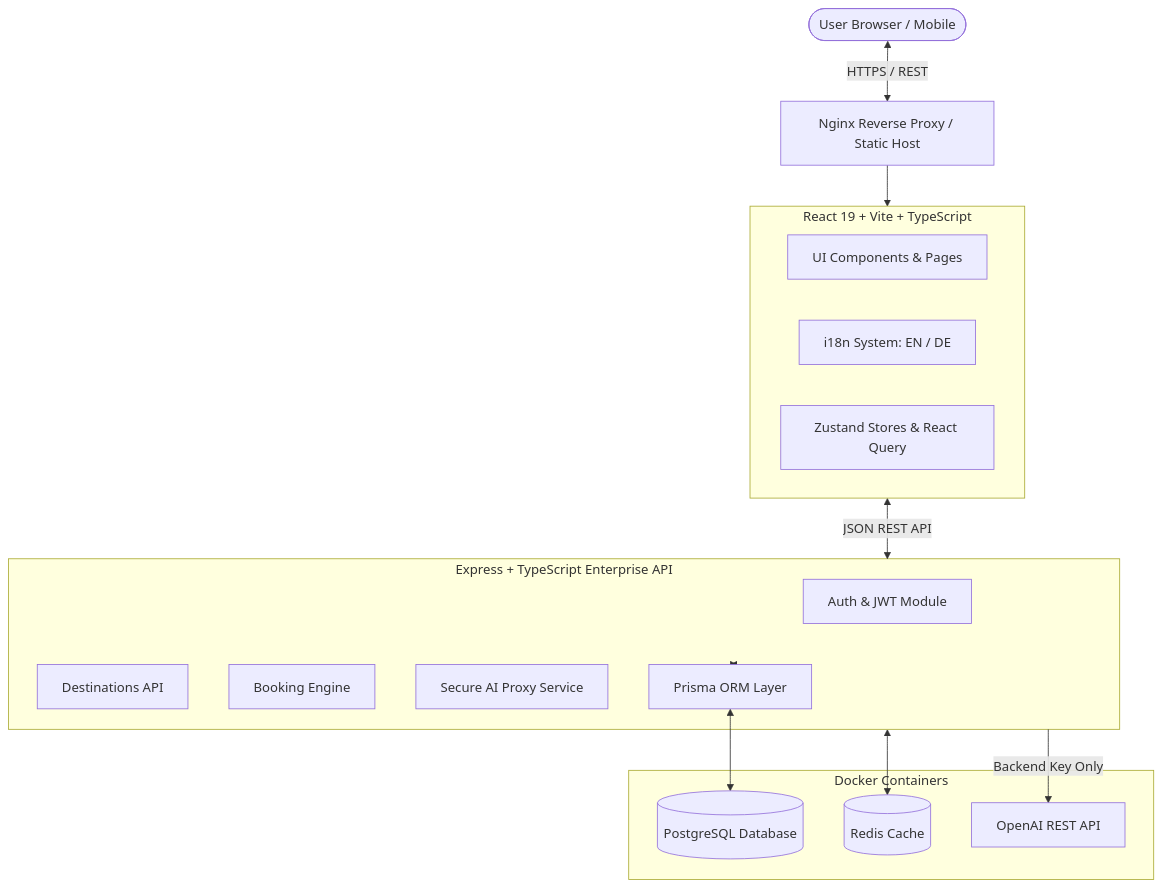
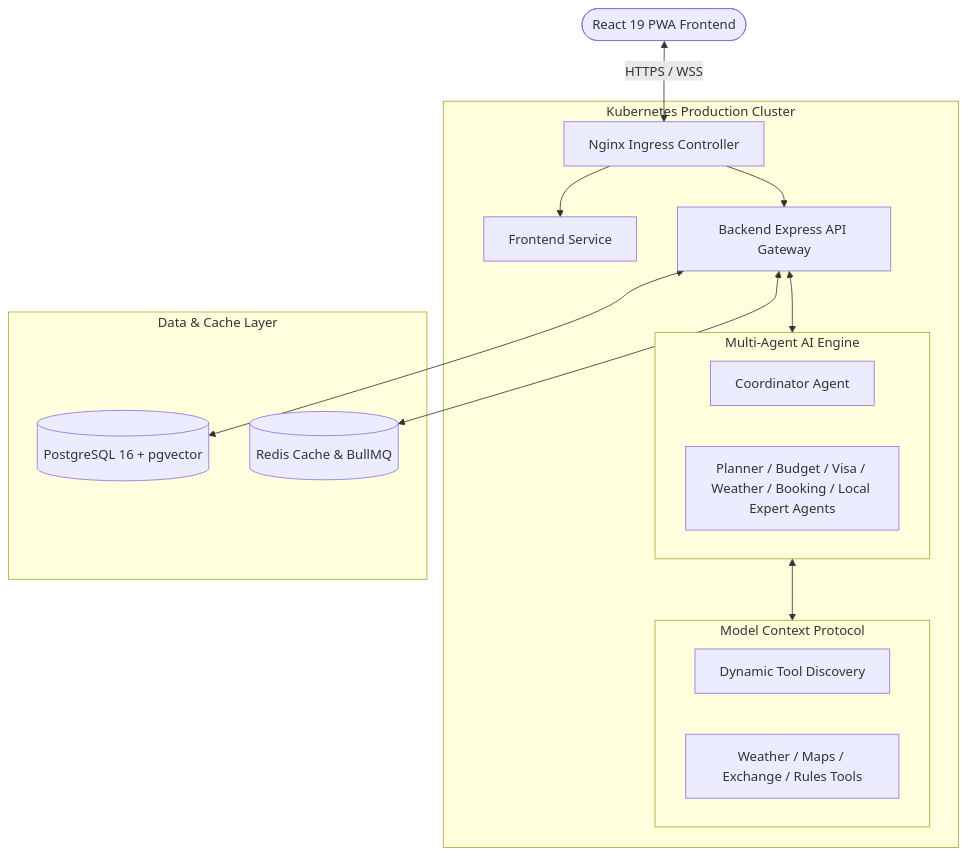
The diagram in README.md (NohaCode-lab/Aether-Travel), drawn with Mermaid before and after one commit. The commit also changed other lines of this file and 8 other files, not shown here.

````diff
--- a/README.md
+++ b/README.md
@@ -43,30 +22,27 @@
 ```mermaid
 graph TD
-    User([User Browser / Mobile]) <-->|HTTPS / REST| Nginx[Nginx Reverse Proxy / Static Host]
+    Client([React 19 PWA Frontend]) <-->|HTTPS / WSS| Ingress[Nginx Ingress Controller]
     
-    subgraph Frontend [React 19 + Vite + TypeScript]
-        UI[UI Components & Pages]
-        I18N[i18n System: EN / DE]
-        State[Zustand Stores & React Query]
+    subgraph K8sCluster [Kubernetes Production Cluster]
+        Ingress --> WebApp[Frontend Service]
+        Ingress --> APIGateway[Backend Express API Gateway]
+        
+        subgraph MultiAgentEngine [Multi-Agent AI Engine]
+            Coord[Coordinator Agent]
+            Agents[Planner / Budget / Visa / Weather / Booking / Local Expert Agents]
+        end
+        
+        subgraph MCPClient [Model Context Protocol]
+            MCPCore[Dynamic Tool Discovery]
+            Tools[Weather / Maps / Exchange / Rules Tools]
+        end
+        
+        APIGateway <--> MultiAgentEngine
+        MultiAgentEngine <--> MCPClient
     end
     
-    subgraph Backend [Express + TypeScript Enterprise API]
-        AuthMod[Auth & JWT Module]
-        DestMod[Destinations API]
-        BookMod[Booking Engine]
-        AIProxy[Secure AI Proxy Service]
-        PrismaORM[Prisma ORM Layer]
+    subgraph Persistence [Data & Cache Layer]
+        APIGateway <--> PostgreSQL[(PostgreSQL 16 + pgvector)]
+        APIGateway <--> Redis[(Redis Cache & BullMQ)]
     end
-    
-    subgraph Infrastructure [Docker Containers]
-        PostgreSQL[(PostgreSQL Database)]
-        Redis[(Redis Cache)]
-        OpenAI[OpenAI REST API]
-    end
-    
-    Nginx --> Frontend
-    Frontend <-->|JSON REST API| Backend
-    Backend <--> PrismaORM <--> PostgreSQL
-    Backend <--> Redis
-    Backend -->|Backend Key Only| OpenAI
 ```
````
